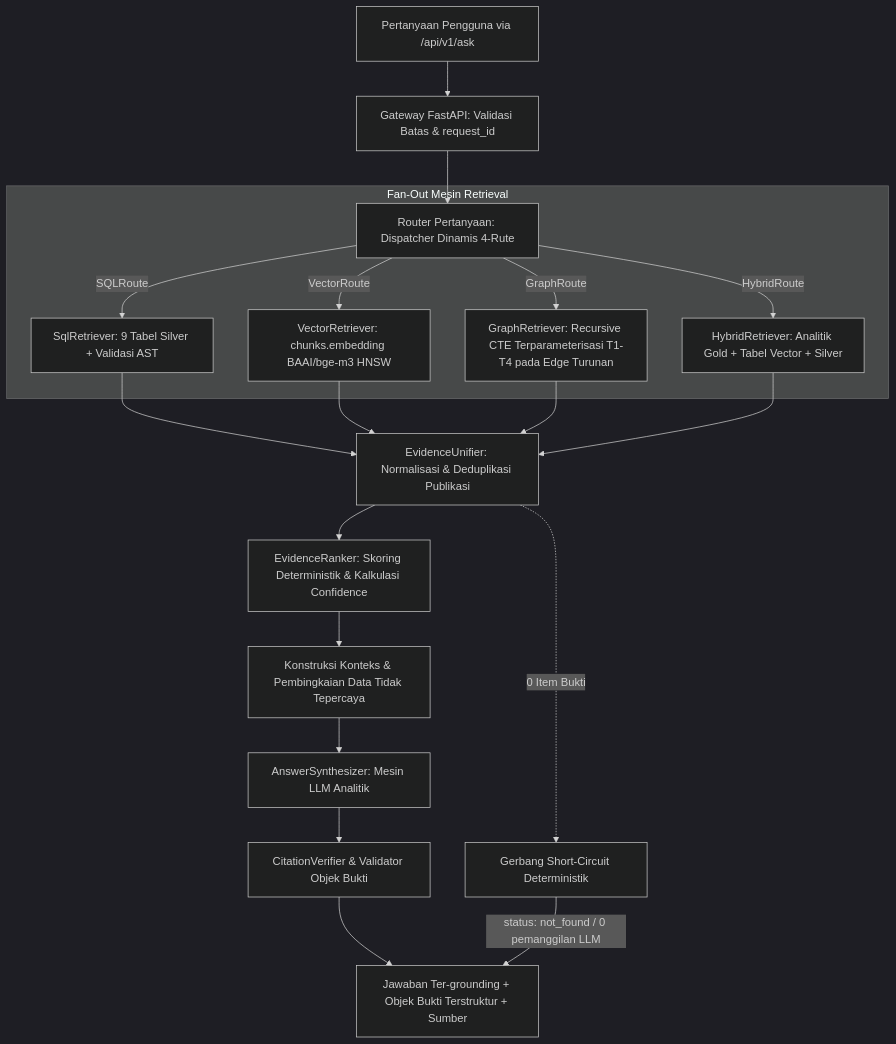
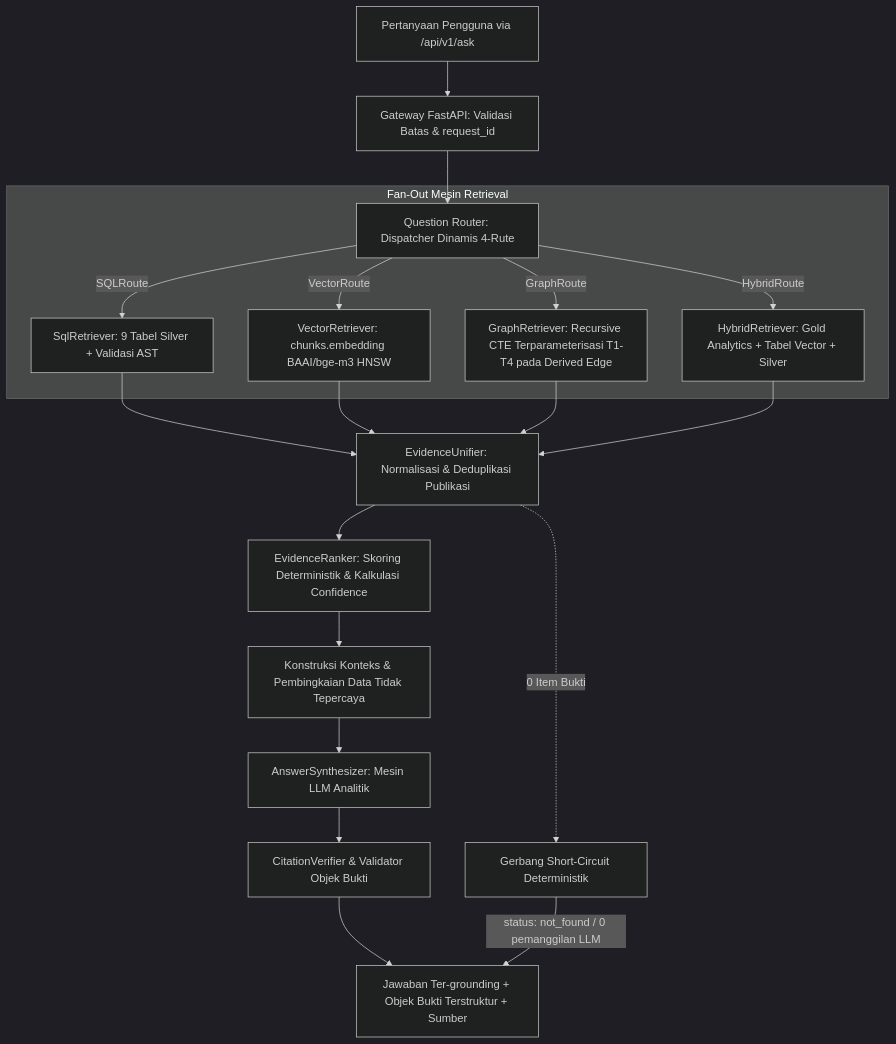
Before and after one commit to CodeByAbi/AI-Bibliometrics: the first of 3 diagrams in docs/05 Retrieval Rag Design.md, drawn with Mermaid (dark theme). The commit also changed other lines of this file and 12 other files, not shown here.

````diff
--- a/docs/05 Retrieval Rag Design.md
+++ b/docs/05 Retrieval Rag Design.md
@@ -37,26 +37,26 @@
 ```mermaid
 flowchart TD
     UserQuery[Pertanyaan Pengguna via /api/v1/ask] --> Gateway[Gateway FastAPI: Validasi Batas & request_id]
-    Gateway --> Router[Router Pertanyaan: Dispatcher Dinamis 4-Rute]
+    Gateway --> Router[Question Router: Dispatcher Dinamis 4-Rute]
     
     subgraph RetrievalEngine [Fan-Out Mesin Retrieval]
         Router -->|SQLRoute| SQLR[SqlRetriever: 9 Tabel Silver + Validasi AST]
         Router -->|VectorRoute| VecR[VectorRetriever: chunks.embedding BAAI/bge-m3 HNSW]
-        Router -->|GraphRoute| GraphR[GraphRetriever: Recursive CTE Terparameterisasi T1-T4 pada Edge Turunan]
-        Router -->|HybridRoute| HybR[HybridRetriever: Analitik Gold + Tabel Vector + Silver]
+        Router -->|GraphRoute| GraphR[GraphRetriever: Recursive CTE Terparameterisasi T1-T4 pada Derived Edge]
+        Router -->|HybridRoute| HybR[HybridRetriever: Gold Analytics + Tabel Vector + Silver]
     end
 
     SQLR --> Unifier[EvidenceUnifier: Normalisasi & Deduplikasi Publikasi]
     VecR --> Unifier
     GraphR --> Unifier
     HybR --> Unifier
 
     Unifier --> Ranker[EvidenceRanker: Skoring Deterministik & Kalkulasi Confidence]
     Ranker --> Context[Konstruksi Konteks & Pembingkaian Data Tidak Tepercaya]
     Context --> Synth[AnswerSynthesizer: Mesin LLM Analitik]
     Synth --> Verifier[CitationVerifier & Validator Objek Bukti]
     Verifier --> Output[Jawaban Ter-grounding + Objek Bukti Terstruktur + Sumber]
 
     Unifier -.->|0 Item Bukti| ShortCircuit[Gerbang Short-Circuit Deterministik]
     ShortCircuit -->|status: not_found / 0 pemanggilan LLM| Output
 ```
````
